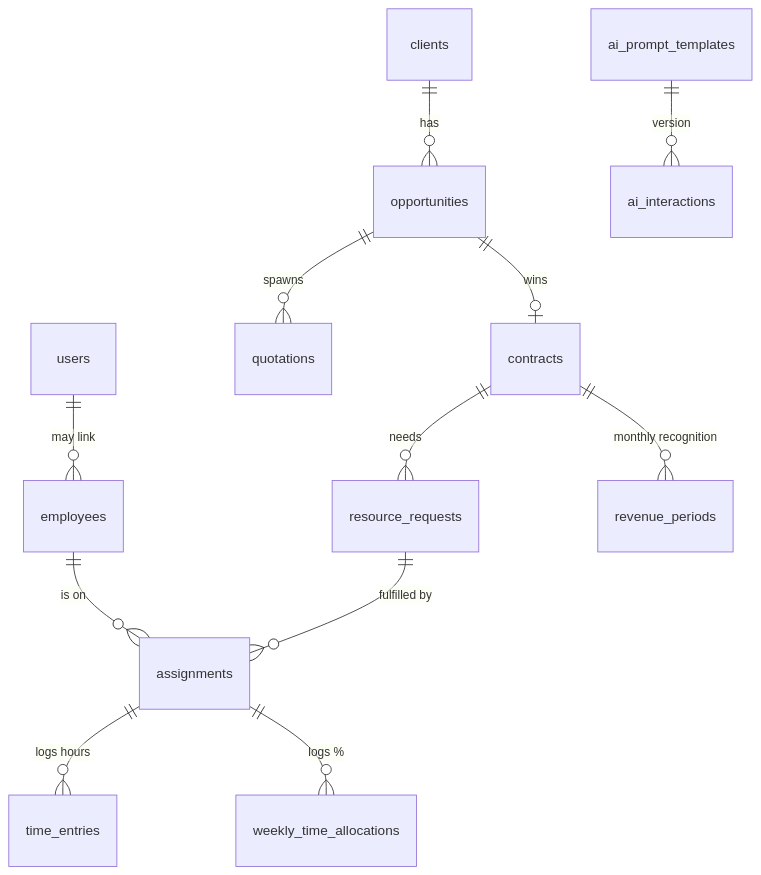
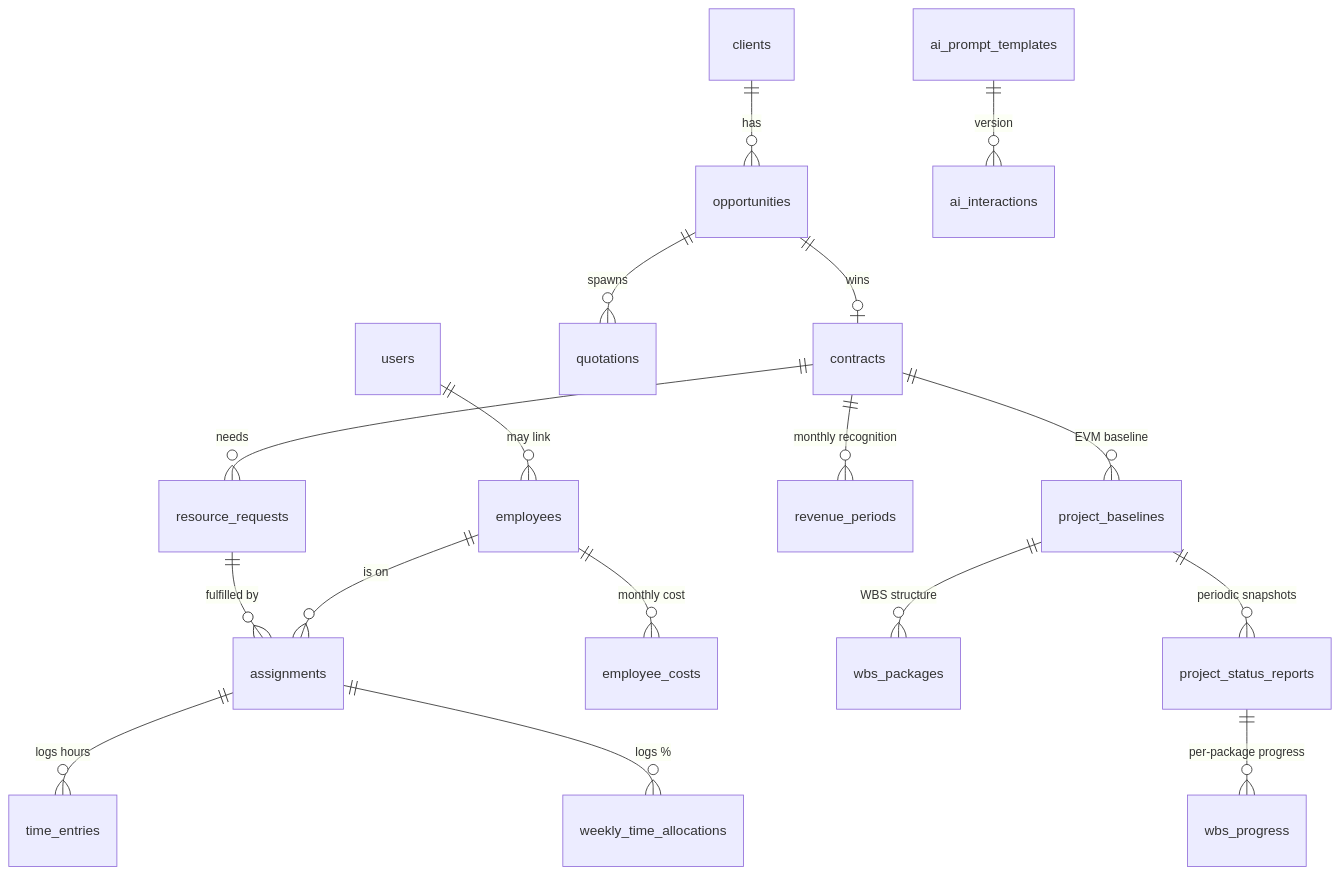
Before and after one commit to danielvillacamacho-collab/quoter-dvpnyx: the fourth of 5 diagrams in ARCHITECTURE.md, drawn with Mermaid. The commit also changed other lines of this file and 2 other files, not shown here.

First line of the commit message:
docs: create CLAUDE.md + update ARCHITECTURE.md and STATE_OF_THE_UNION.md

````diff
--- a/ARCHITECTURE.md
+++ b/ARCHITECTURE.md
@@ -203,14 +203,19 @@
 ```mermaid
 erDiagram
   users ||--o{ employees : "may link"
   clients ||--o{ opportunities : "has"
   opportunities ||--o{ quotations : "spawns"
   opportunities ||--o| contracts : "wins"
   contracts ||--o{ resource_requests : "needs"
   resource_requests ||--o{ assignments : "fulfilled by"
   employees ||--o{ assignments : "is on"
   assignments ||--o{ time_entries : "logs hours"
   assignments ||--o{ weekly_time_allocations : "logs %"
+  employees ||--o{ employee_costs : "monthly cost"
   contracts ||--o{ revenue_periods : "monthly recognition"
+  contracts ||--o{ project_baselines : "EVM baseline"
+  project_baselines ||--o{ wbs_packages : "WBS structure"
+  project_baselines ||--o{ project_status_reports : "periodic snapshots"
+  project_status_reports ||--o{ wbs_progress : "per-package progress"
   ai_prompt_templates ||--o{ ai_interactions : "version"
 ```
````
